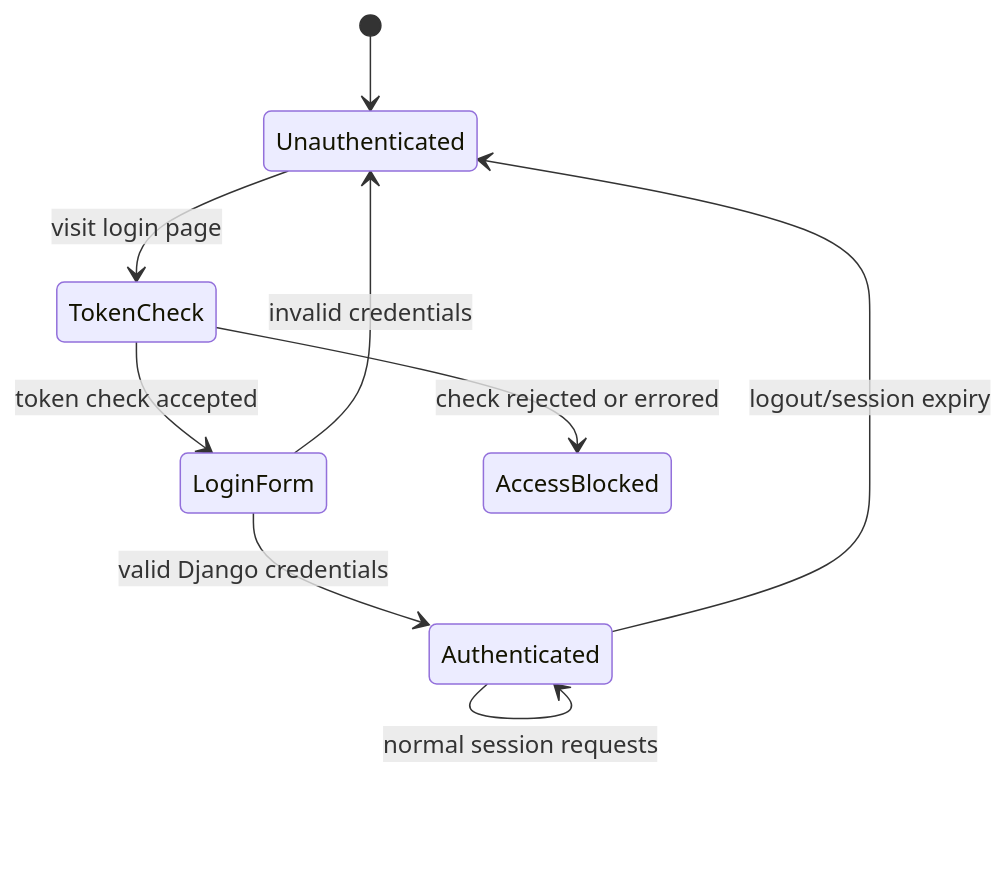
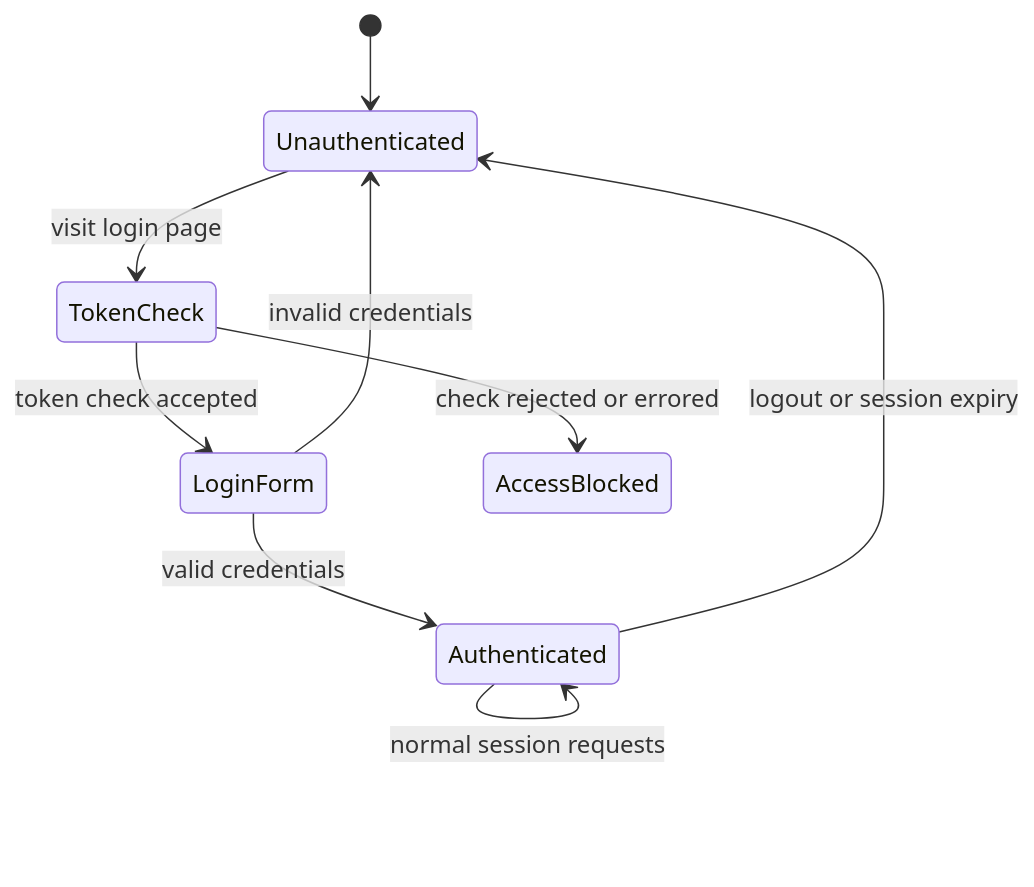
One commit to adelbordbari/adelbordbari.github.io changed the fifth of 8 diagrams in _code/2026-06-27-grpc.md. Above: the diagram before and after it, drawn with Mermaid. The commit also changed other lines of this file, not shown here.

````diff
--- a/_code/2026-06-27-grpc.md
+++ b/_code/2026-06-27-grpc.md
@@ -276,11 +260,11 @@
 ```mermaid
 stateDiagram-v2
     [*] --> Unauthenticated
     Unauthenticated --> TokenCheck: visit login page
     TokenCheck --> LoginForm: token check accepted
     TokenCheck --> AccessBlocked: check rejected or errored
-    LoginForm --> Authenticated: valid Django credentials
+    LoginForm --> Authenticated: valid credentials
     LoginForm --> Unauthenticated: invalid credentials
     Authenticated --> Authenticated: normal session requests
-    Authenticated --> Unauthenticated: logout/session expiry
+    Authenticated --> Unauthenticated: logout or session expiry
 ```
````
